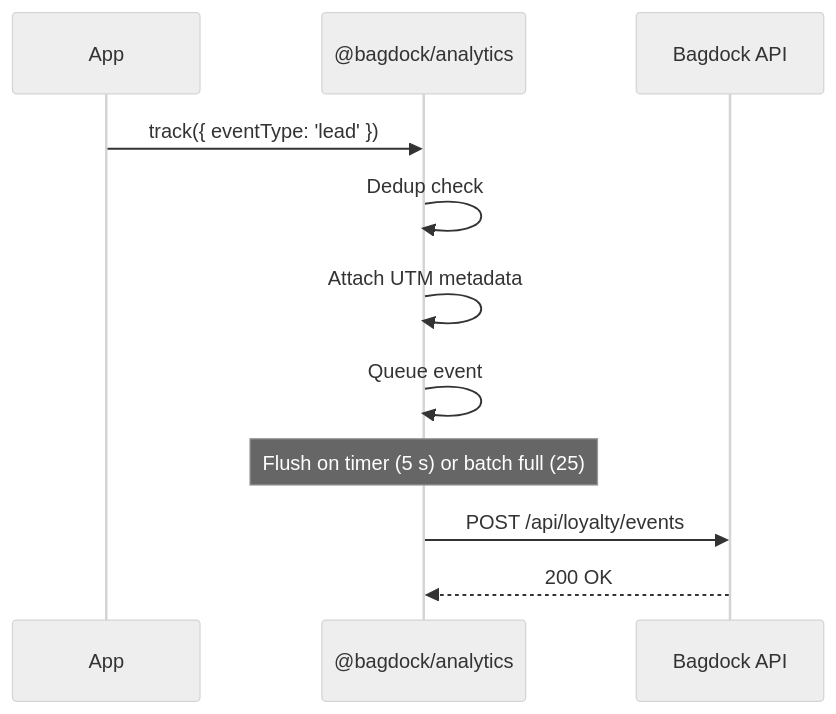
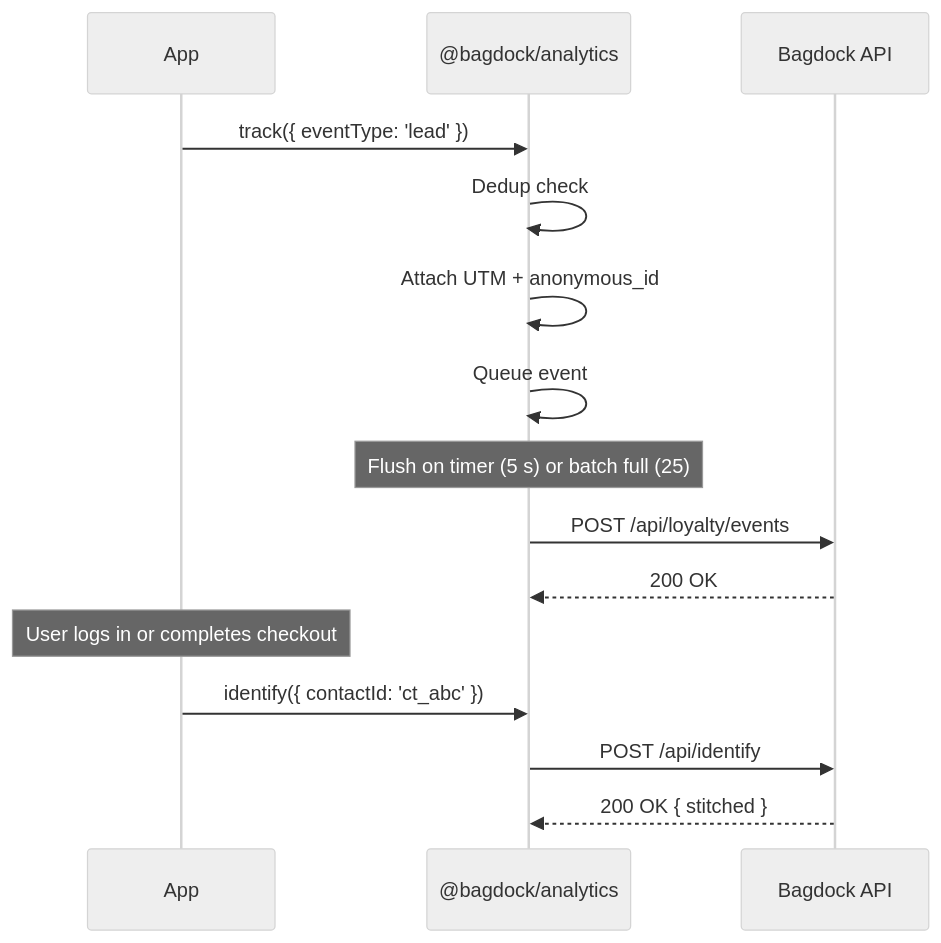
The first of 2 diagrams in README.md (bagdock/bagdock-analytics), drawn with Mermaid (neutral theme) before and after one commit. The commit also changed other lines of this file and 1 other file, not shown here.

First line of the commit message:
chore: bump to v0.3.0 for release + document identify() in README

````diff
--- a/README.md
+++ b/README.md
@@ -35,16 +35,22 @@
 ```mermaid
 sequenceDiagram
   participant App
   participant SDK as @bagdock/analytics
   participant API as Bagdock API
 
   App->>SDK: track({ eventType: 'lead' })
   SDK->>SDK: Dedup check
-  SDK->>SDK: Attach UTM metadata
+  SDK->>SDK: Attach UTM + anonymous_id
   SDK->>SDK: Queue event
 
   Note over SDK: Flush on timer (5 s) or batch full (25)
 
   SDK->>API: POST /api/loyalty/events
   API-->>SDK: 200 OK
+
+  Note over App: User logs in or completes checkout
+
+  App->>SDK: identify({ contactId: 'ct_abc' })
+  SDK->>API: POST /api/identify
+  API-->>SDK: 200 OK { stitched }
 ```
````
